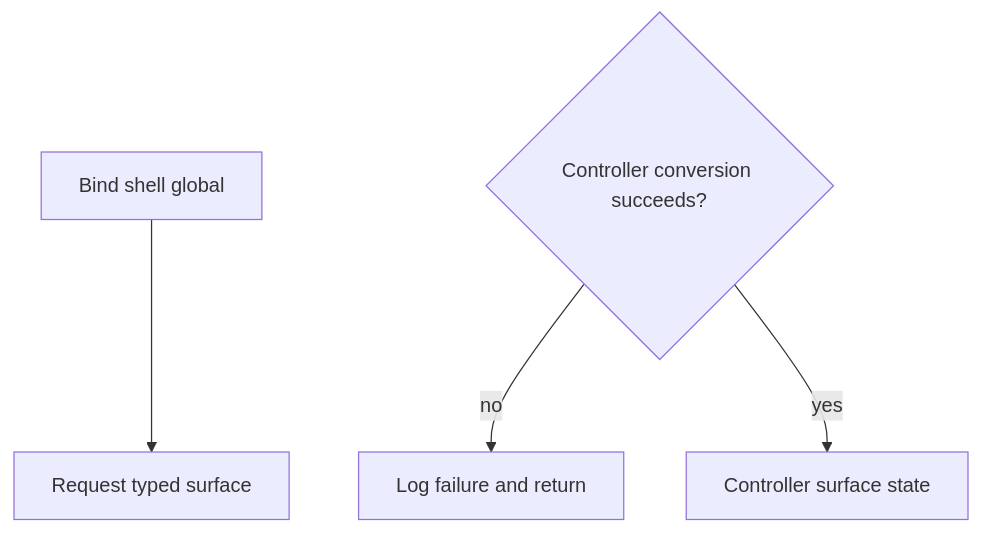
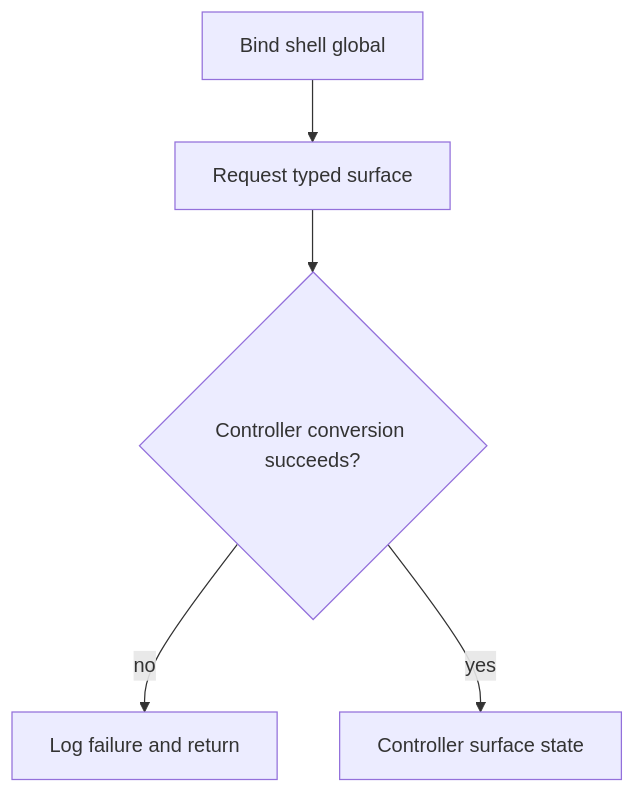
One commit to rdkcentral/rdk-window-manager changed the fourth of 4 diagrams in docs/firebolt-shell/firebolt-shell.md. Above: the diagram before and after it, drawn with Mermaid. The commit also changed 2 other files, not shown here.

Commit message:
Fixed diagram and structural errors

````diff
--- a/docs/firebolt-shell/firebolt-shell.md
+++ b/docs/firebolt-shell/firebolt-shell.md
@@ -92,7 +92,7 @@
 ```mermaid
 flowchart TD
     Bind[Bind shell global] --> Request[Request typed surface]
-    Check{Controller conversion succeeds?}
+    Request --> Check{Controller conversion succeeds?}
     Check -->|no| Failure[Log failure and return]
     Check -->|yes| Active[Controller surface state]
 ```
````
